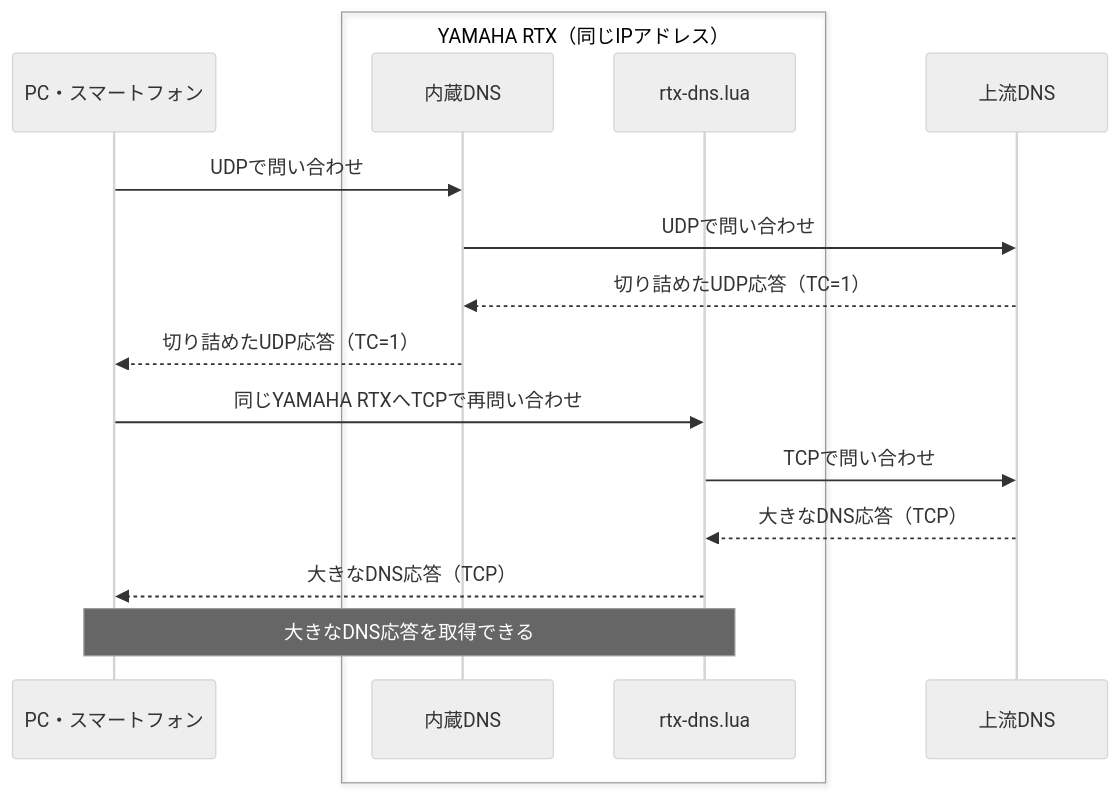
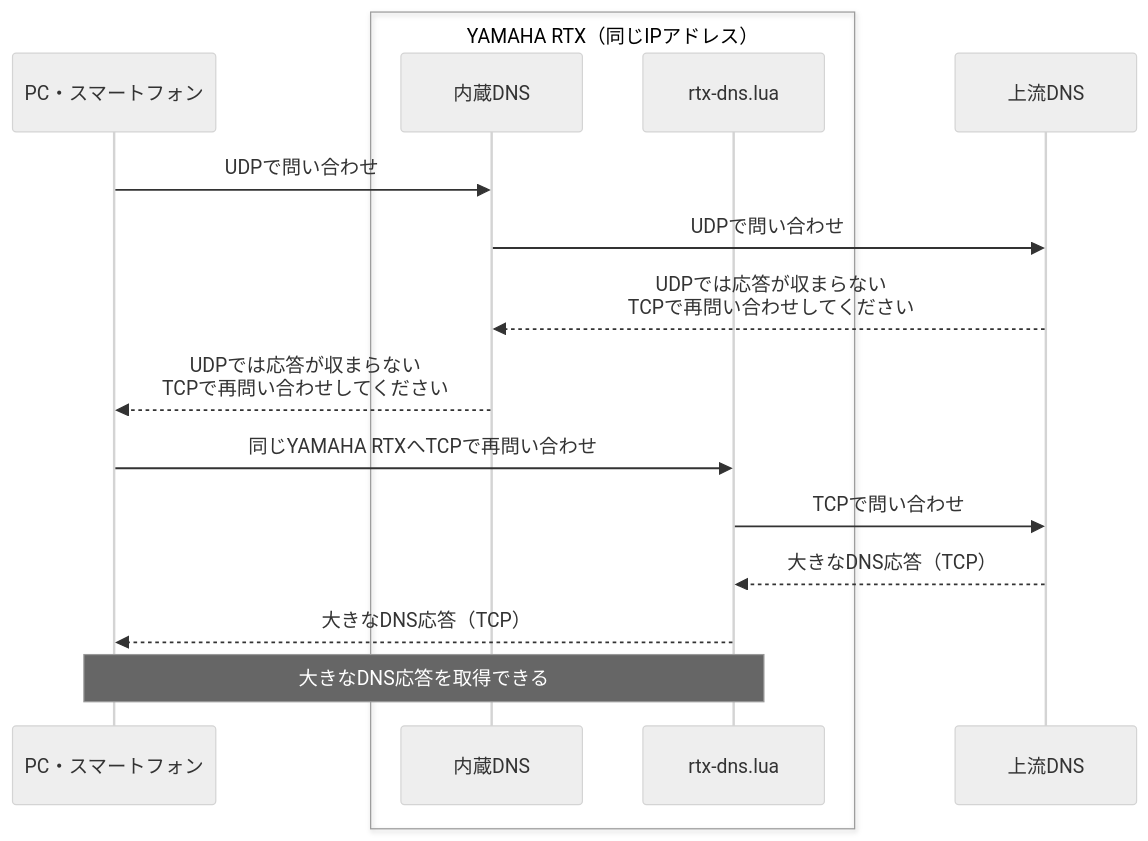
One commit to Yamar50/rtx-dns-tcp-lua changed the first of 2 diagrams in README.md. Above: the diagram before and after it, drawn with Mermaid (neutral theme). The commit also changed other lines of this file, not shown here.

````diff
--- a/README.md
+++ b/README.md
@@ -18,18 +18,18 @@
 ```mermaid
 sequenceDiagram
     participant Client as PC・スマートフォン
     box YAMAHA RTX（同じIPアドレス）
         participant Native as 内蔵DNS
         participant Lua as rtx-dns.lua
     end
     participant Upstream as 上流DNS
     Client->>Native: UDPで問い合わせ
     Native->>Upstream: UDPで問い合わせ
-    Upstream-->>Native: 切り詰めたUDP応答（TC=1）
-    Native-->>Client: 切り詰めたUDP応答（TC=1）
+    Upstream-->>Native: UDPでは応答が収まらない<br/>TCPで再問い合わせしてください
+    Native-->>Client: UDPでは応答が収まらない<br/>TCPで再問い合わせしてください
     Client->>Lua: 同じYAMAHA RTXへTCPで再問い合わせ
     Lua->>Upstream: TCPで問い合わせ
     Upstream-->>Lua: 大きなDNS応答（TCP）
     Lua-->>Client: 大きなDNS応答（TCP）
     Note over Client,Lua: 大きなDNS応答を取得できる
 ```
````
